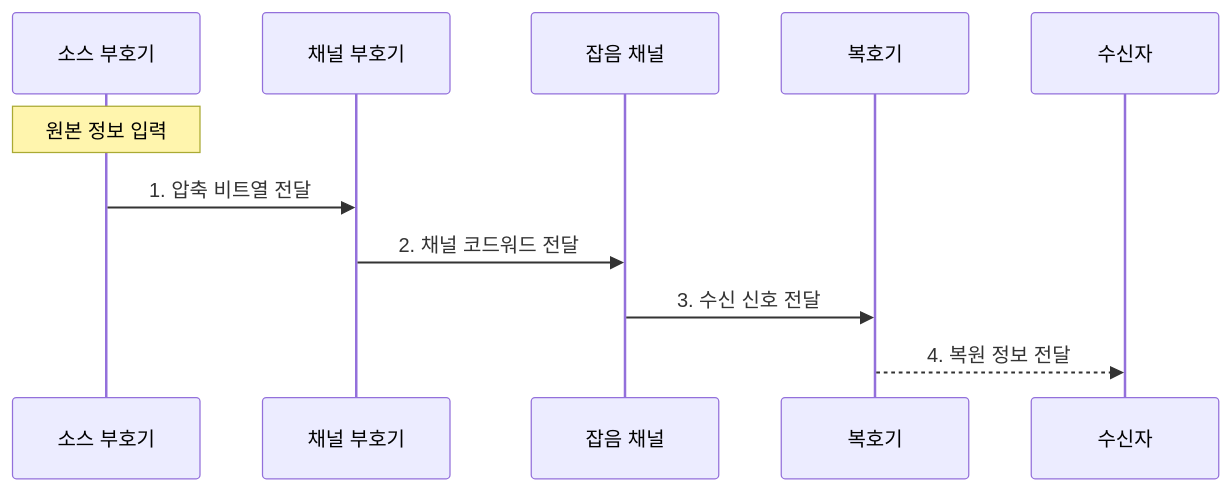
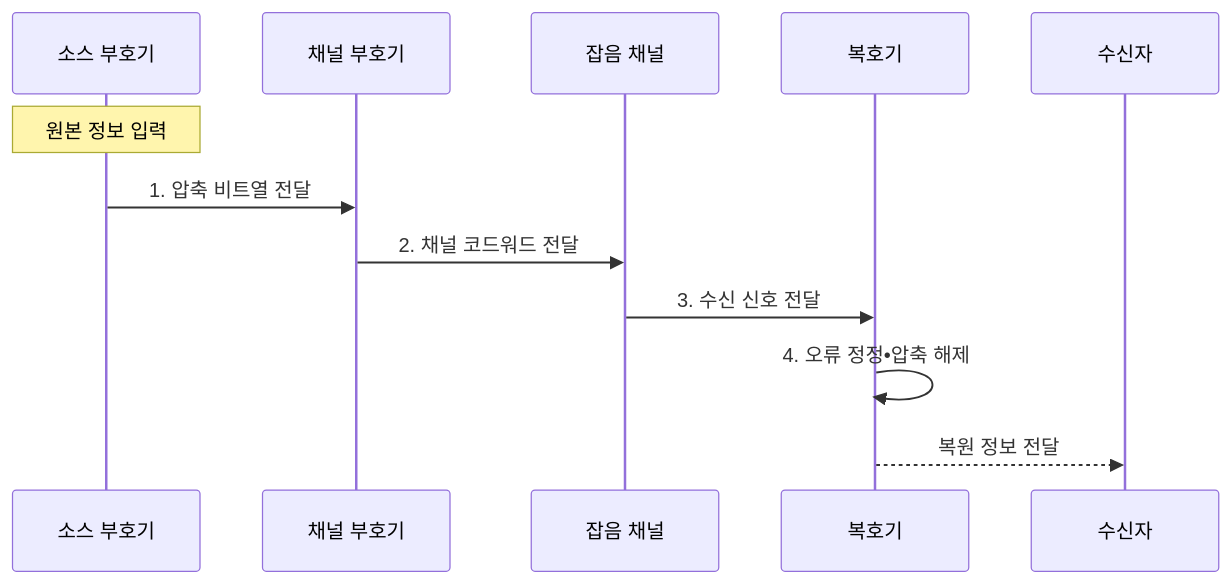
One commit to agnusdei1207/knowledge-base changed the second of 2 diagrams in src/content/docs/notes/01-basic-theory/029_information_theory.md. Above: the diagram before and after it, drawn with Mermaid. The commit also changed other lines of this file and 20 other files, not shown here.

````diff
--- a/src/content/docs/notes/01-basic-theory/029_information_theory.md
+++ b/src/content/docs/notes/01-basic-theory/029_information_theory.md
@@ -92,13 +92,14 @@
 ```mermaid
 sequenceDiagram
     participant SE as 소스 부호기
     participant CE as 채널 부호기
     participant CH as 잡음 채널
     participant DE as 복호기
     participant R as 수신자
     Note over SE: 원본 정보 입력
     SE->>CE: 1. 압축 비트열 전달
     CE->>CH: 2. 채널 코드워드 전달
     CH->>DE: 3. 수신 신호 전달
-    DE-->>R: 4. 복원 정보 전달
+    DE->>DE: 4. 오류 정정•압축 해제
+    DE-->>R: 복원 정보 전달
 ```
````
